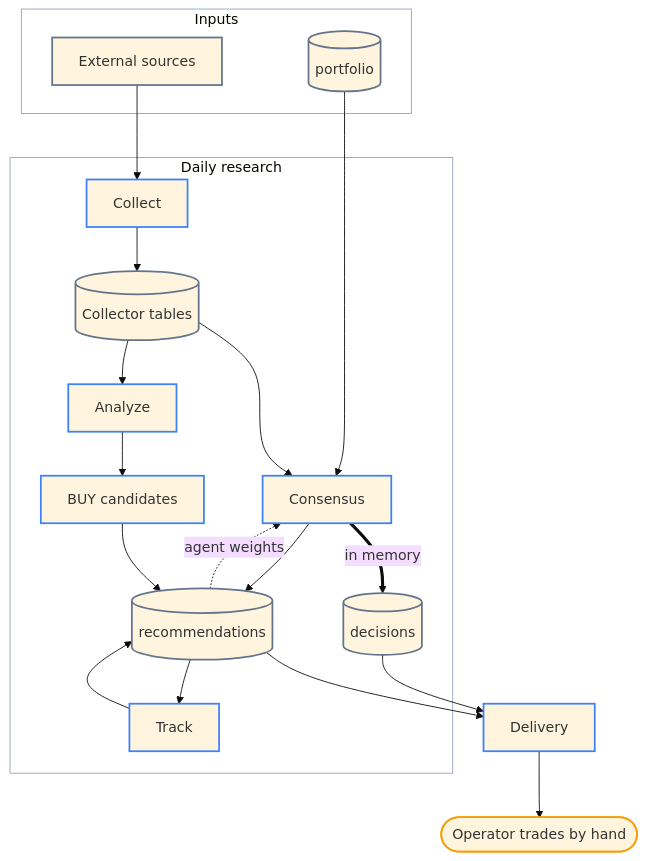
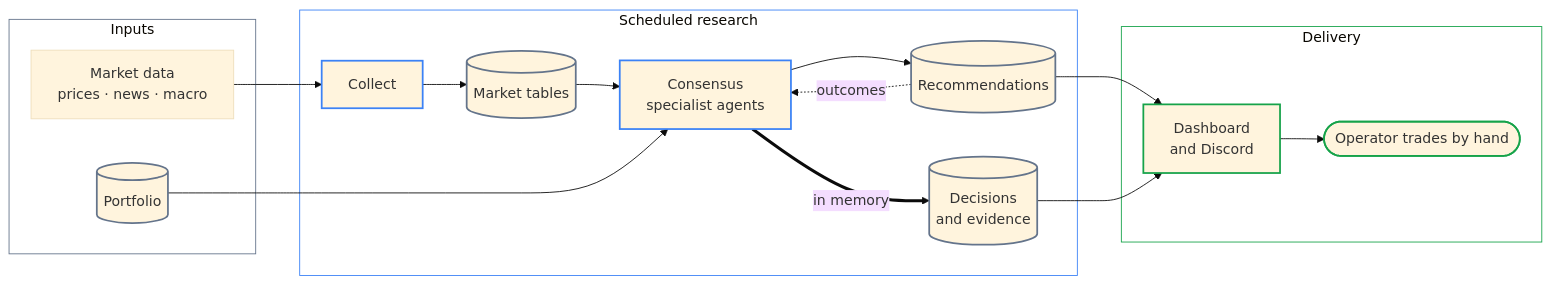
Before and after one commit to researcherhojin/nuri-quant: the diagram in README.md, drawn with Mermaid (base theme). The commit also changed other lines of this file and 7 other files, not shown here.

````diff
--- a/README.md
+++ b/README.md
@@ -60,42 +15,38 @@
 ```mermaid
-flowchart TB
+flowchart LR
     subgraph INPUTS["Inputs"]
-        SRC["External sources"]
-        PF[("portfolio")]
+        SRC["Market data<br/>prices · news · macro"]
+        PF[("Portfolio")]
     end
-    subgraph RESEARCH["Daily research"]
+    subgraph RESEARCH["Scheduled research"]
         COL["Collect"]
-        TAB[("Collector tables")]
-        CON["Consensus"]
-        FAC["Analyze"]
-        BUY["BUY candidates"]
-        DEC[("decisions")]
-        REC[("recommendations")]
-        TRK["Track"]
+        TAB[("Market tables")]
+        CON["Consensus<br/>specialist agents"]
+        REC[("Recommendations")]
+        DEC[("Decisions<br/>and evidence")]
     end
-    OUT["Delivery"]
-    YOU(["Operator trades by hand"])
+    subgraph DELIVERY["Delivery"]
+        OUT["Dashboard<br/>and Discord"]
+        YOU(["Operator trades by hand"])
+    end
 
-    SRC --> COL --> TAB
-    TAB --> CON
+    SRC --> COL --> TAB --> CON
     PF --> CON
-    TAB --> FAC --> BUY
+    CON --> REC
     CON ==>|in memory| DEC
-    CON --> REC
-    BUY --> REC
-    REC -.->|agent weights| CON
-    DEC --> OUT
-    REC --> OUT
-    REC --> TRK
-    TRK --> REC
-    OUT --> YOU
+    REC -.->|outcomes| CON
+    REC & DEC --> OUT --> YOU
 
-    classDef step  stroke:#3b82f6,stroke-width:2px
+    classDef process stroke:#3b82f6,stroke-width:2px
     classDef store stroke:#64748b,stroke-width:2px
-    classDef human stroke:#f59e0b,stroke-width:2px
-    classDef zone  fill:none,stroke:#94a3b8,stroke-width:1px
-    class COL,FAC,CON,BUY,TRK,OUT step
-    class SRC,TAB,PF,REC,DEC store
-    class YOU human
-    class INPUTS,RESEARCH zone
+    classDef delivery stroke:#16a34a,stroke-width:2px
+    classDef inputsZone fill:none,stroke:#64748b
+    classDef researchZone fill:none,stroke:#3b82f6
+    classDef deliveryZone fill:none,stroke:#16a34a
+    class COL,CON process
+    class TAB,PF,REC,DEC store
+    class OUT,YOU delivery
+    class INPUTS inputsZone
+    class RESEARCH researchZone
+    class DELIVERY deliveryZone
 ```
````
